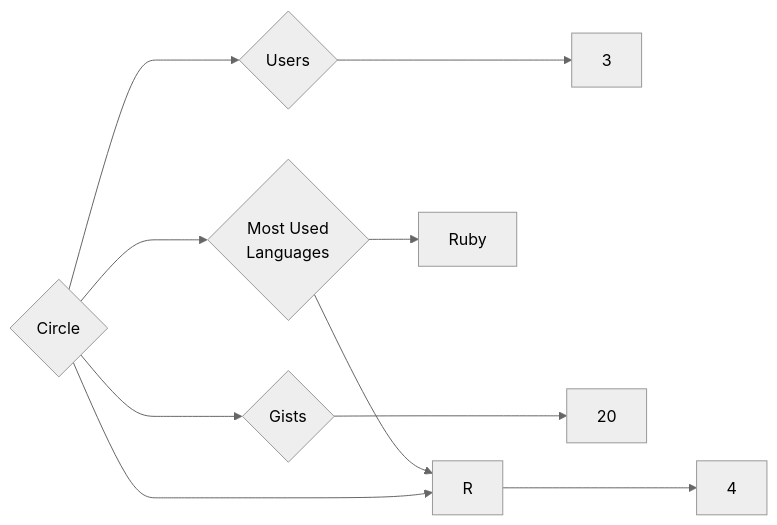
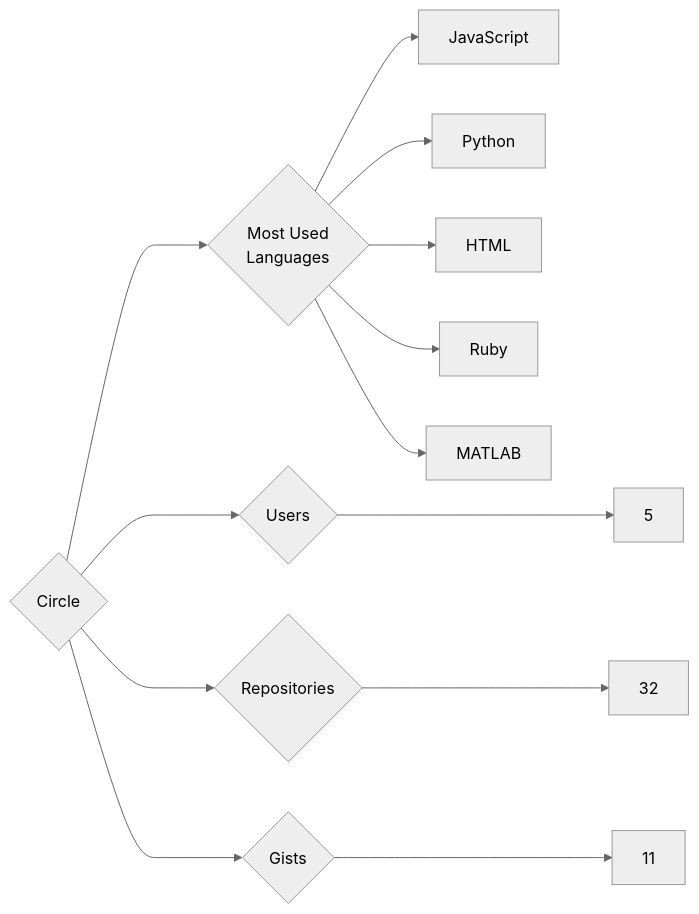
One commit to trickest/insiders changed the diagram in targets/Circle/README.md. Above: the diagram before and after it, drawn with Mermaid (neutral theme). The commit also changed 718 other files, not shown here.

````diff
--- a/targets/Circle/README.md
+++ b/targets/Circle/README.md
@@ -3,10 +3,13 @@
 ```mermaid
 graph LR
 COMPANY_NAME{Circle}
-COMPANY_NAME ---> U{Users} ---> UN[3]
-COMPANY_NAME ---> R{Repositories} ---> RN[4]
-COMPANY_NAME ---> G{Gists} ---> GN[20]
+COMPANY_NAME ---> U{Users} ---> UN[5]
+COMPANY_NAME ---> R{Repositories} ---> RN[32]
+COMPANY_NAME ---> G{Gists} ---> GN[11]
 COMPANY_NAME ---> ML{Most Used<br>Languages}
+ML --> JavaScript[JavaScript]
+ML --> Python[Python]
+ML --> HTML[HTML]
 ML --> Ruby[Ruby]
-ML --> R[R]
+ML --> MATLAB[MATLAB]
 ```
````
